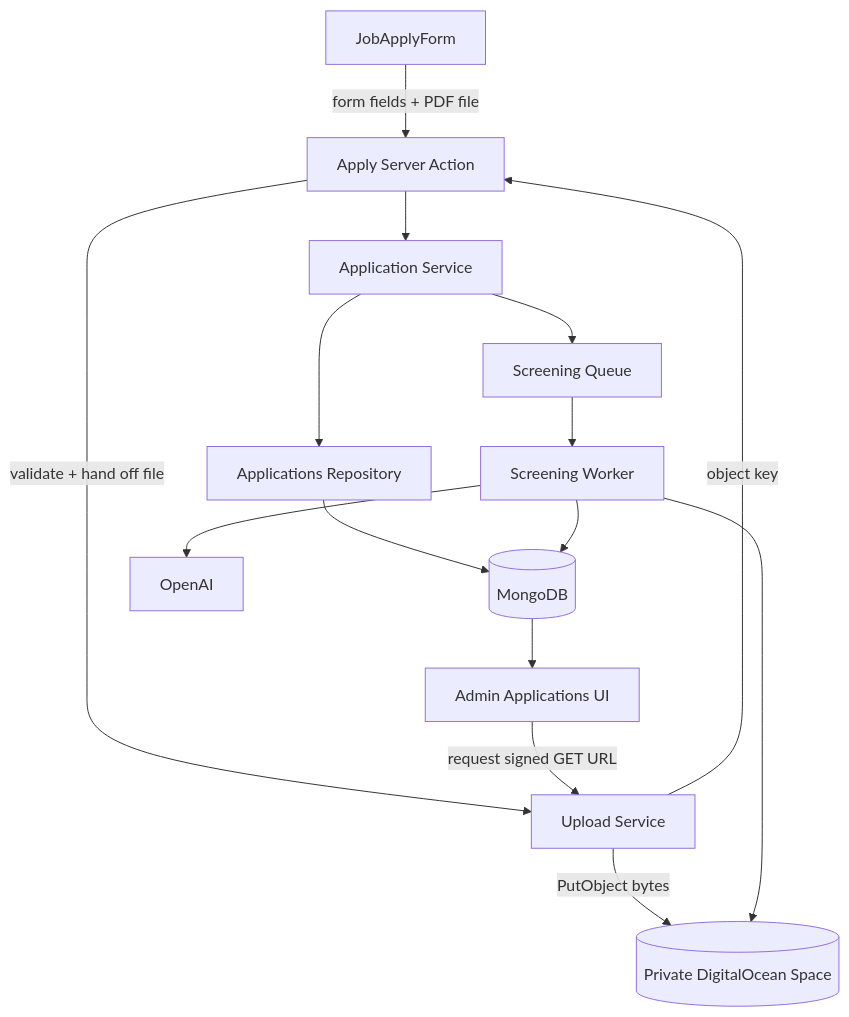
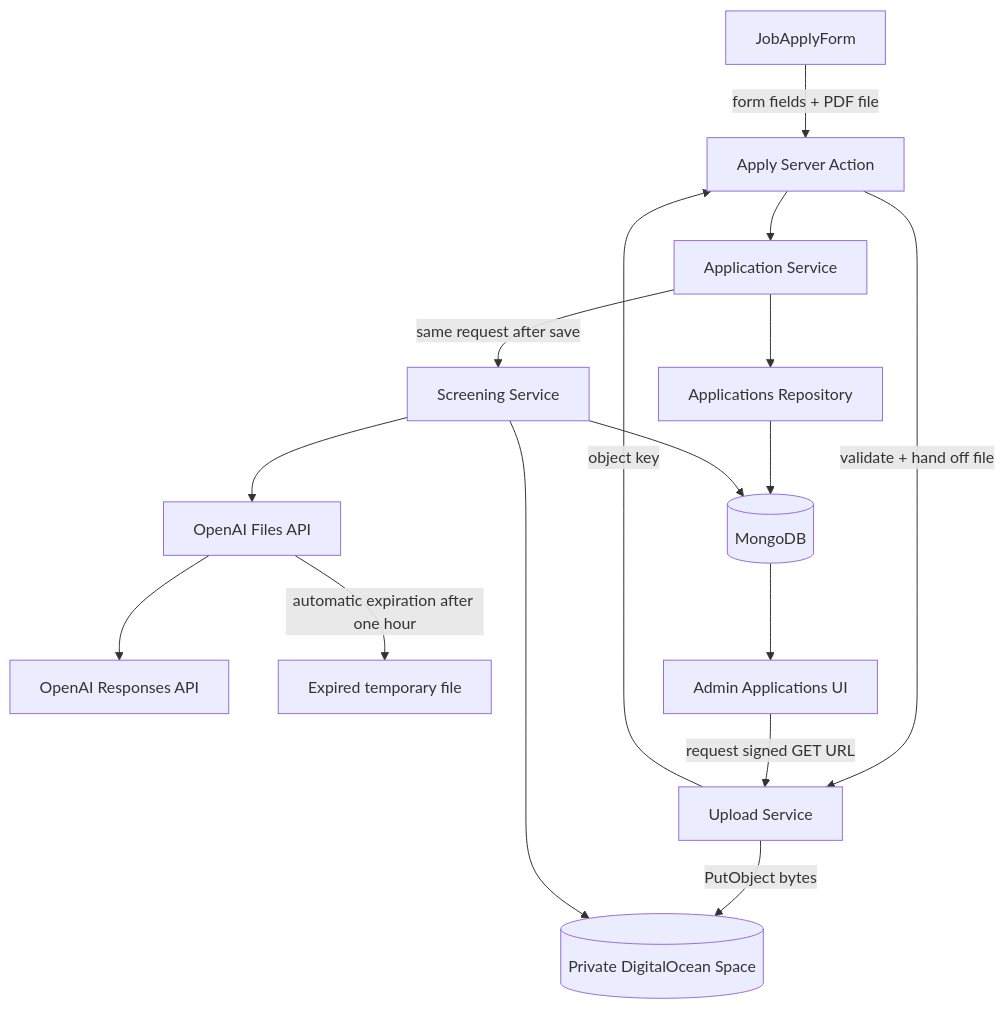
The first of 2 diagrams in docs/day-11-file-uploading-ai-screening/lecture-111-file-upload-architecture.md (yaya1426/job-board), drawn with Mermaid before and after one commit. The commit also changed other lines of this file and 72 other files, not shown here.

````diff
--- a/docs/day-11-file-uploading-ai-screening/lecture-111-file-upload-architecture.md
+++ b/docs/day-11-file-uploading-ai-screening/lecture-111-file-upload-architecture.md
@@ -40,17 +40,18 @@
 ```mermaid
 flowchart TD
   A[JobApplyForm] -->|form fields + PDF file| E[Apply Server Action]
   E -->|validate + hand off file| C[Upload Service]
   C -->|PutObject bytes| D[(Private DigitalOcean Space)]
   C -->|object key| E
   E --> F[Application Service]
   F --> G[Applications Repository]
   G --> H[(MongoDB)]
-  F --> I[Screening Queue]
-  I --> J[Screening Worker]
+  F -->|same request after save| J[Screening Service]
   J --> D
-  J --> K[OpenAI]
+  J --> K[OpenAI Files API]
+  K --> M[OpenAI Responses API]
+  K -->|automatic expiration after one hour| N[Expired temporary file]
   J --> H
   H --> L[Admin Applications UI]
   L -->|request signed GET URL| C
 ```
````
